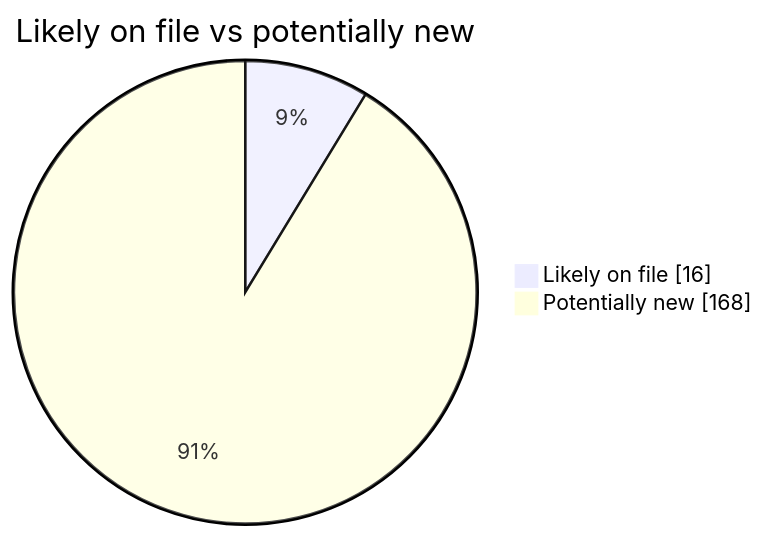
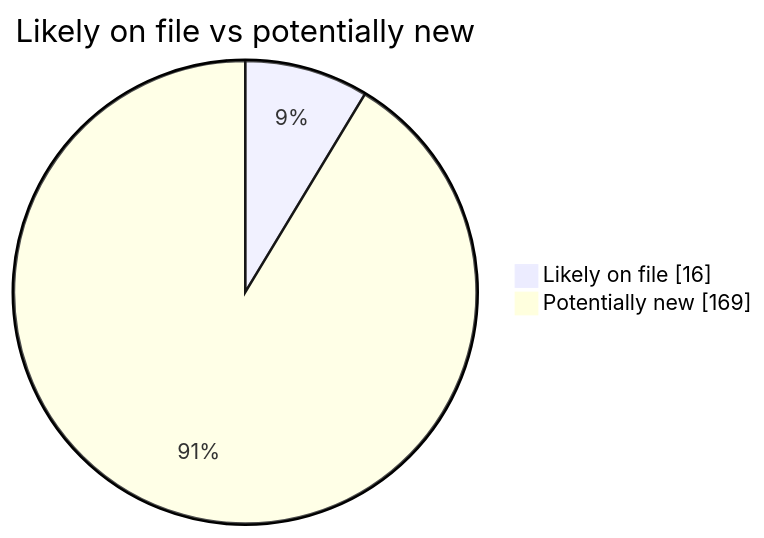
One commit to martinbalfanz/social-scanner-reports changed the second of 4 diagrams in README.md. Above: the diagram before and after it, drawn with Mermaid. The commit also changed other lines of this file and 2 other files, not shown here.

````diff
--- a/README.md
+++ b/README.md
@@ -40,5 +40,5 @@
 ```mermaid
 pie showData title Likely on file vs potentially new
     "Likely on file" : 16
-    "Potentially new" : 168
+    "Potentially new" : 169
 ```
````
